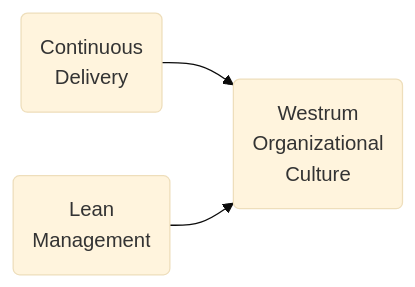
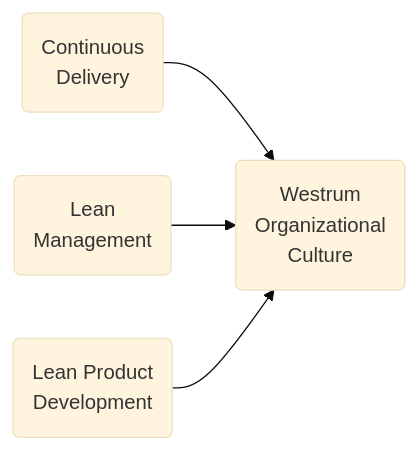
One commit to pburkholder/decksets changed the diagram in 2019-02-devopsdc/westrum_inputs.mmd. Above: the diagram before and after it, drawn with Mermaid (base theme). The commit also changed 9 other files, not shown here.

```diff
--- a/2019-02-devopsdc/westrum_inputs.mmd
+++ b/2019-02-devopsdc/westrum_inputs.mmd
@@ -1,6 +1,8 @@
 graph LR
-A("Continuous<br/>Delivery")
-B("Lean<br/>Management")
-C("Westrum<br/>Organizational<br/>Culture")
-A-->C
-B-->C
+CD("Continuous<br/>Delivery")
+LM("Lean<br/>Management")
+LD("Lean Product<br/>Development")
+OC("Westrum<br/>Organizational<br/>Culture")
+CD --> OC
+LM --> OC
+LD --> OC
```
